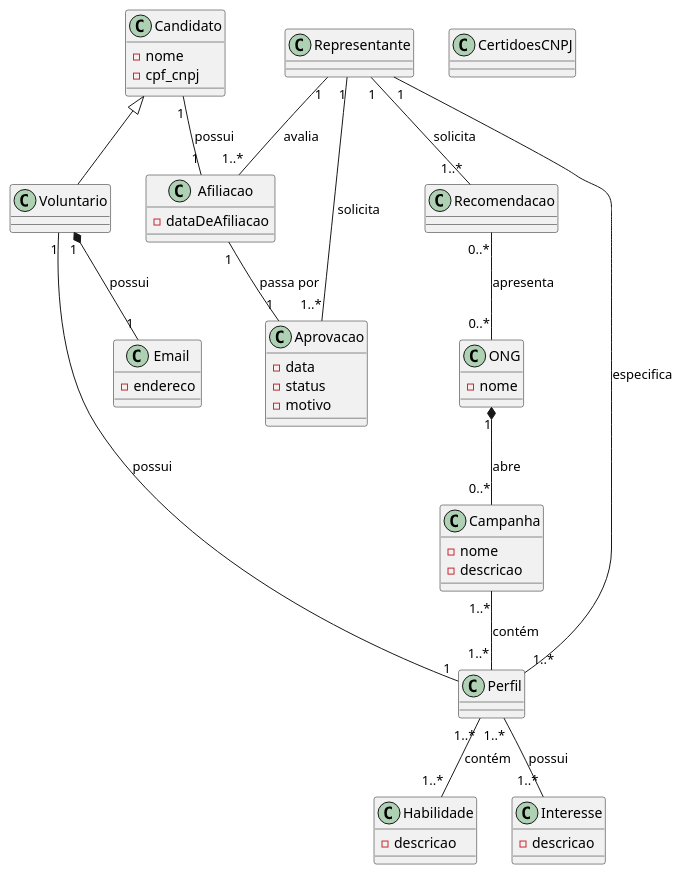
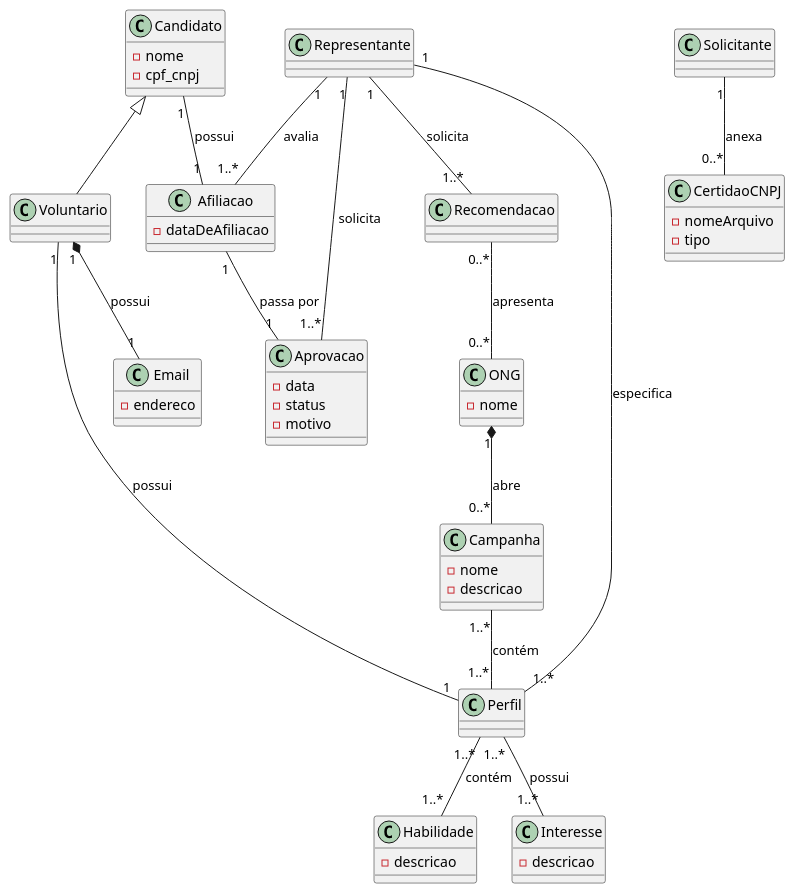
One commit to guisgiacomini/redeMaisSocialProjetoSoftware changed the diagram in diagrama-de-classes-dominio/img/uc003/diagrama-de-classes-dominio.puml. Above: the diagram before and after it, drawn with PlantUML.

```diff
--- a/diagrama-de-classes-dominio/img/uc003/diagrama-de-classes-dominio.puml
+++ b/diagrama-de-classes-dominio/img/uc003/diagrama-de-classes-dominio.puml
@@ -1,78 +1,80 @@
 @startuml
 class Candidato {
     -nome
     -cpf_cnpj
 }
 
 class ONG { 
     -nome
 }
 
 class Voluntario extends Candidato {
 
 }
 
 class Campanha {
     -nome
     -descricao
 }
 
 class Afiliacao {
     -dataDeAfiliacao
 }
 
 class Perfil {
 
 }
 
 class Habilidade {
     -descricao
 }
 
 class Interesse {
     -descricao
 }
 
 class Representante {
     
 }
 
 class Email {
     -endereco
 }
 
 class Recomendacao {
 
 }
 
 class Aprovacao {
     -data
     -status
     -motivo
 }
 
-class CertidoesCNPJ {
-
+class CertidaoCNPJ {
+    -nomeArquivo
+    -tipo
 }
 
 Perfil "1..*" -- "1..*" Habilidade: contém
 Perfil "1..*" -- "1..*" Interesse: possui
 
 Candidato "1" -- "1" Afiliacao: possui
+Solicitante "1" -- "0..*" CertidaoCNPJ: anexa
 
 Voluntario "1" -- "1" Perfil: possui
 Voluntario "1" *-- "1" Email: possui
 
 ONG "1" *-- "0..*" Campanha: abre
 Campanha "1..*" -- "1..*" Perfil: contém
 
 Representante "1" -- "1..*" Afiliacao: avalia
 Representante "1" -- "1..*" Aprovacao: solicita
 Representante "1" -- "1..*" Perfil: especifica
 Representante "1" -- "1..*" Recomendacao: solicita
 
 Recomendacao "0..*" -- "0..*" ONG: apresenta
 
 Afiliacao "1" -- "1" Aprovacao : "passa por"
 
 @enduml
```
